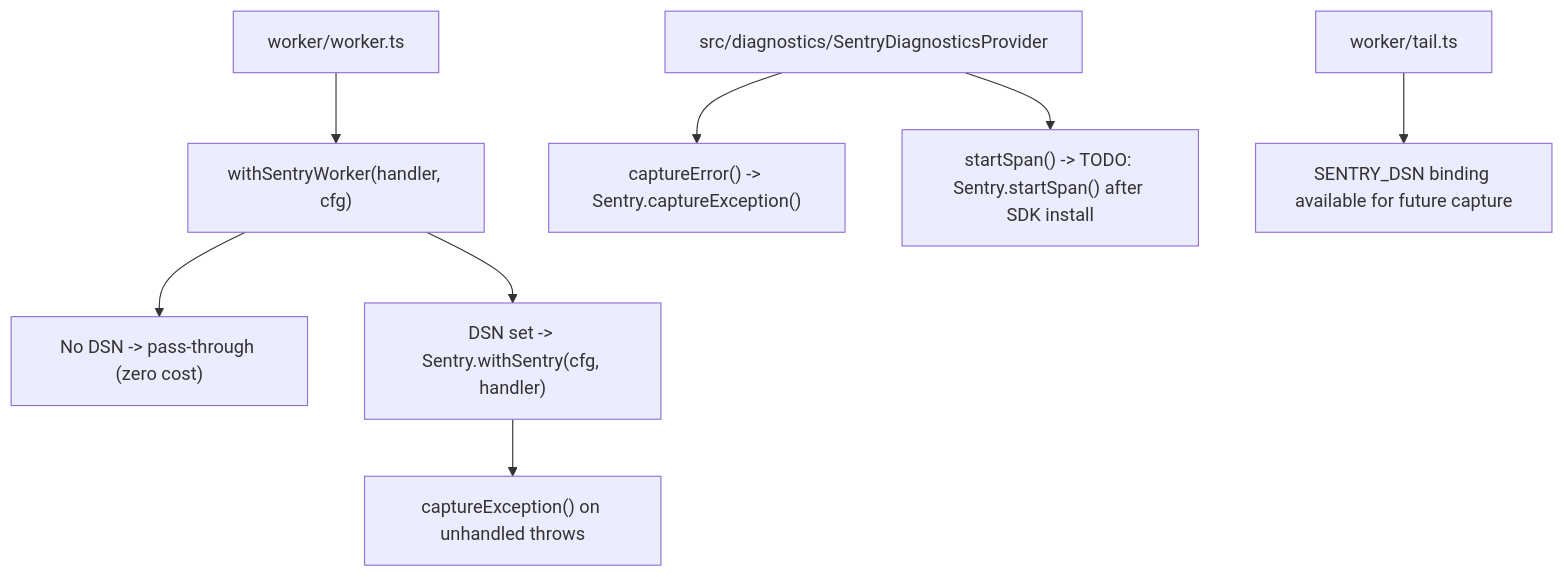
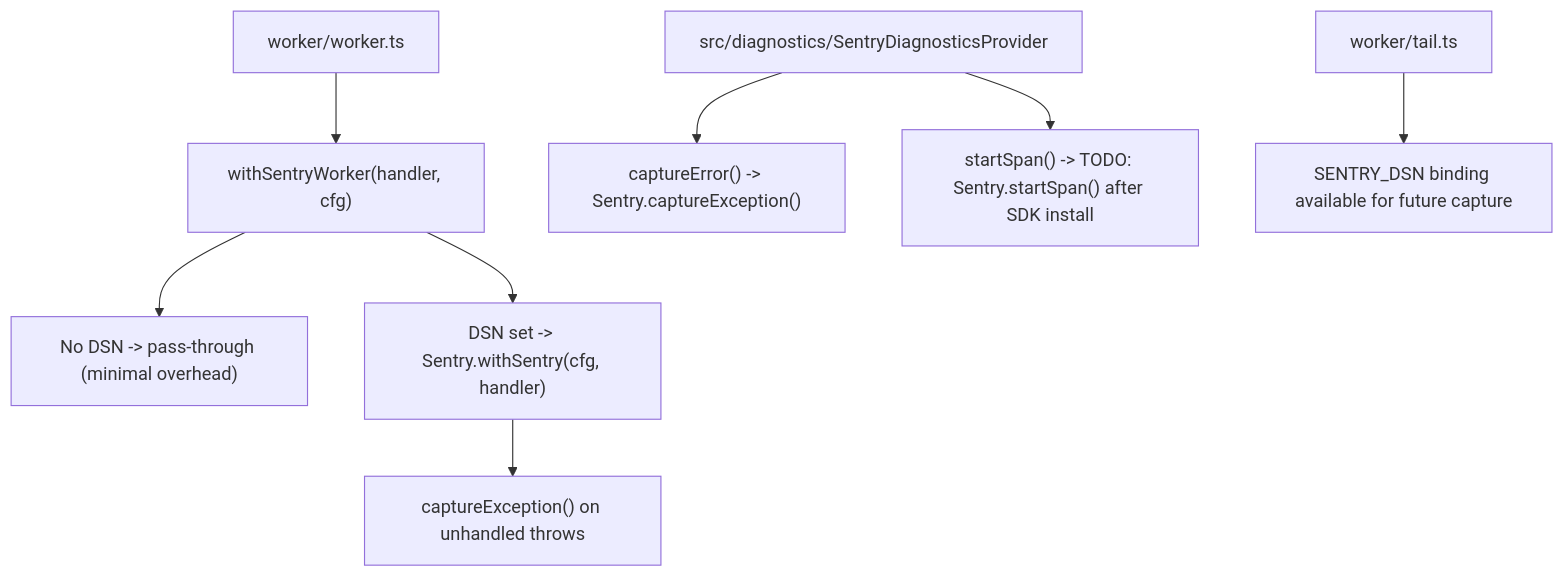
The diagram in docs/observability/SENTRY.md (jaypatrick/adblock-compiler), drawn with Mermaid before and after one commit. The commit also changed other lines of this file and 2 other files, not shown here.

First line of the commit message:
docs: update observability docs for wired Sentry wrapper and new env vars (#1095)

````diff
--- a/docs/observability/SENTRY.md
+++ b/docs/observability/SENTRY.md
@@ -27,10 +27,10 @@
 ```mermaid
 flowchart TD
     worker["worker/worker.ts"] --> wrapper["withSentryWorker(handler, cfg)"]
-    wrapper --> noDsn["No DSN -> pass-through (zero cost)"]
+    wrapper --> noDsn["No DSN -> pass-through (minimal overhead)"]
     wrapper --> withDsn["DSN set -> Sentry.withSentry(cfg, handler)"]
     withDsn --> capture["captureException() on unhandled throws"]
     provider["src/diagnostics/SentryDiagnosticsProvider"] --> captureError["captureError() -> Sentry.captureException()"]
     provider --> startSpan["startSpan() -> TODO: Sentry.startSpan() after SDK install"]
     tail["worker/tail.ts"] --> tailDsn["SENTRY_DSN binding available for future capture"]
 ```
````
